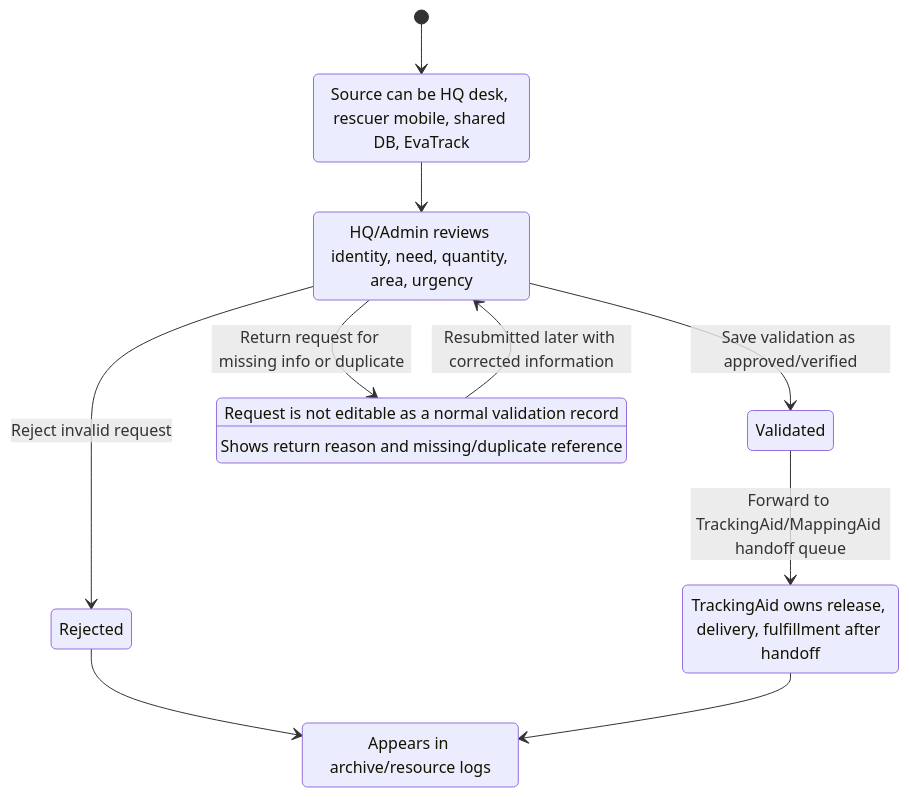
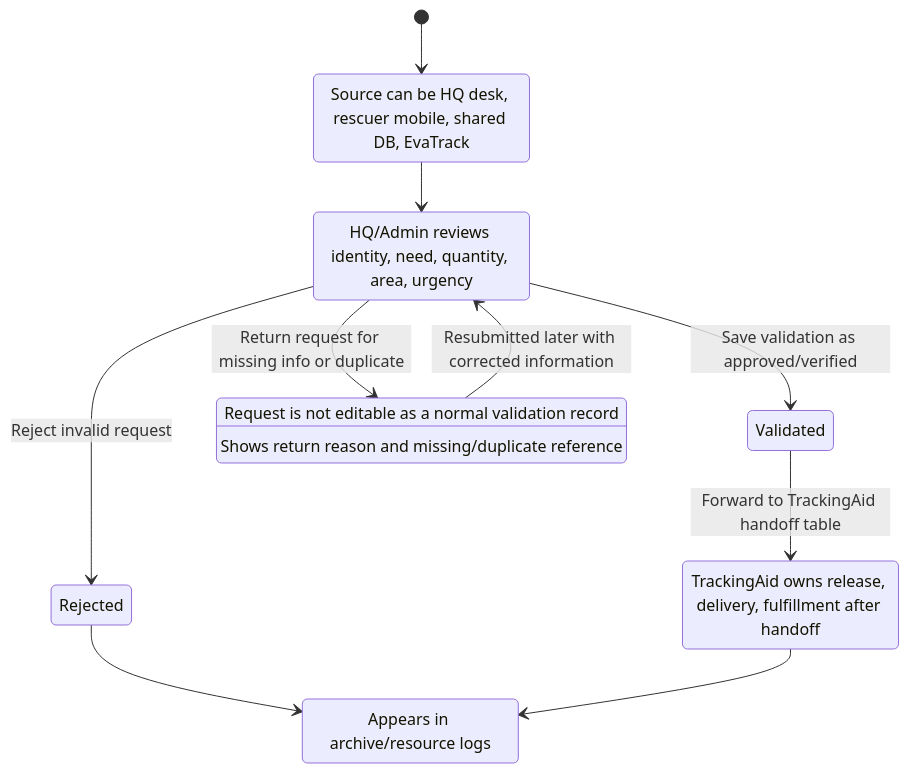
One commit to pyunpyunn/G10-CAPSTONE changed the first of 5 diagrams in docs/diagrams/06_resource_requests_sitrep_archive_notifications.md. Above: the diagram before and after it, drawn with Mermaid. The commit also changed other lines of this file and 85 other files, not shown here.

````diff
--- a/docs/diagrams/06_resource_requests_sitrep_archive_notifications.md
+++ b/docs/diagrams/06_resource_requests_sitrep_archive_notifications.md
@@ -5,22 +5,22 @@
 ```mermaid
 stateDiagram-v2
   [*] --> NewRequest
   NewRequest: Source can be HQ desk, rescuer mobile, shared DB, EvaTrack
   NewRequest --> NeedsValidation
 
   NeedsValidation: HQ/Admin reviews identity, need, quantity, area, urgency
   NeedsValidation --> Validated: Save validation as approved/verified
   NeedsValidation --> Returned: Return request for missing info or duplicate
   NeedsValidation --> Rejected: Reject invalid request
 
   Returned: Request is not editable as a normal validation record
   Returned: Shows return reason and missing/duplicate reference
   Returned --> NeedsValidation: Resubmitted later with corrected information
 
-  Validated --> Forwarded: Forward to TrackingAid/MappingAid handoff queue
+  Validated --> Forwarded: Forward to TrackingAid handoff table
   Forwarded: TrackingAid owns release, delivery, fulfillment after handoff
 
   Rejected --> ArchivedReview
   Forwarded --> ArchivedReview
   ArchivedReview: Appears in archive/resource logs
 ```
````
